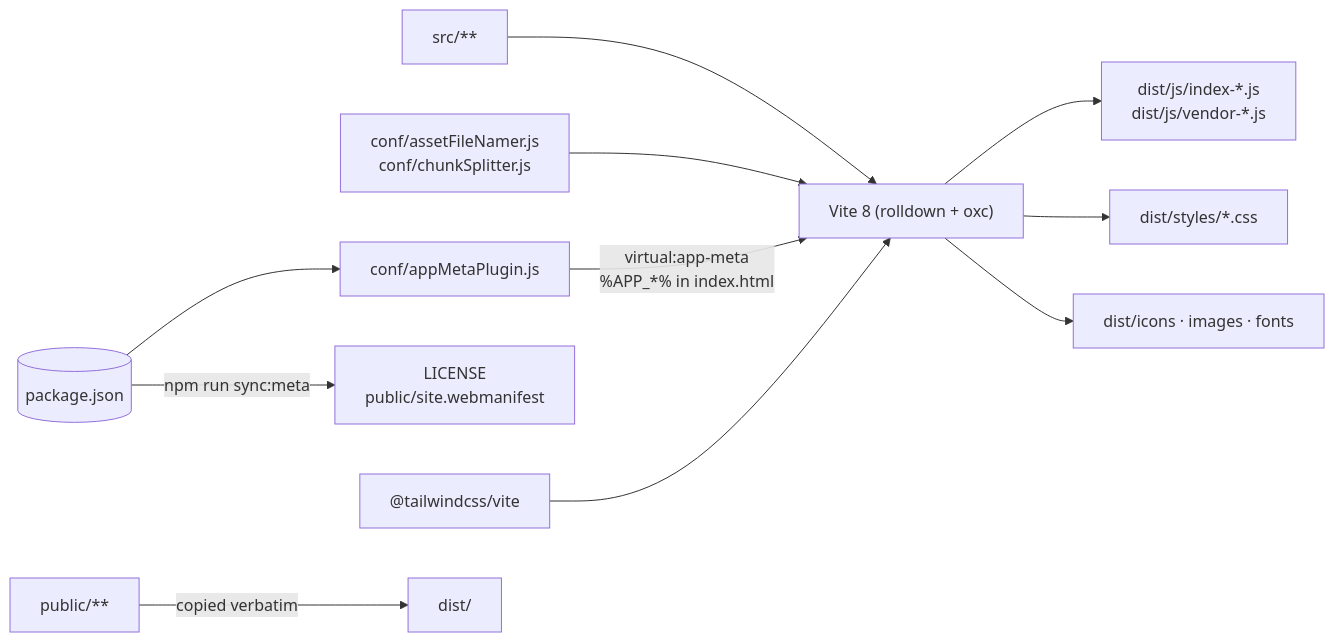
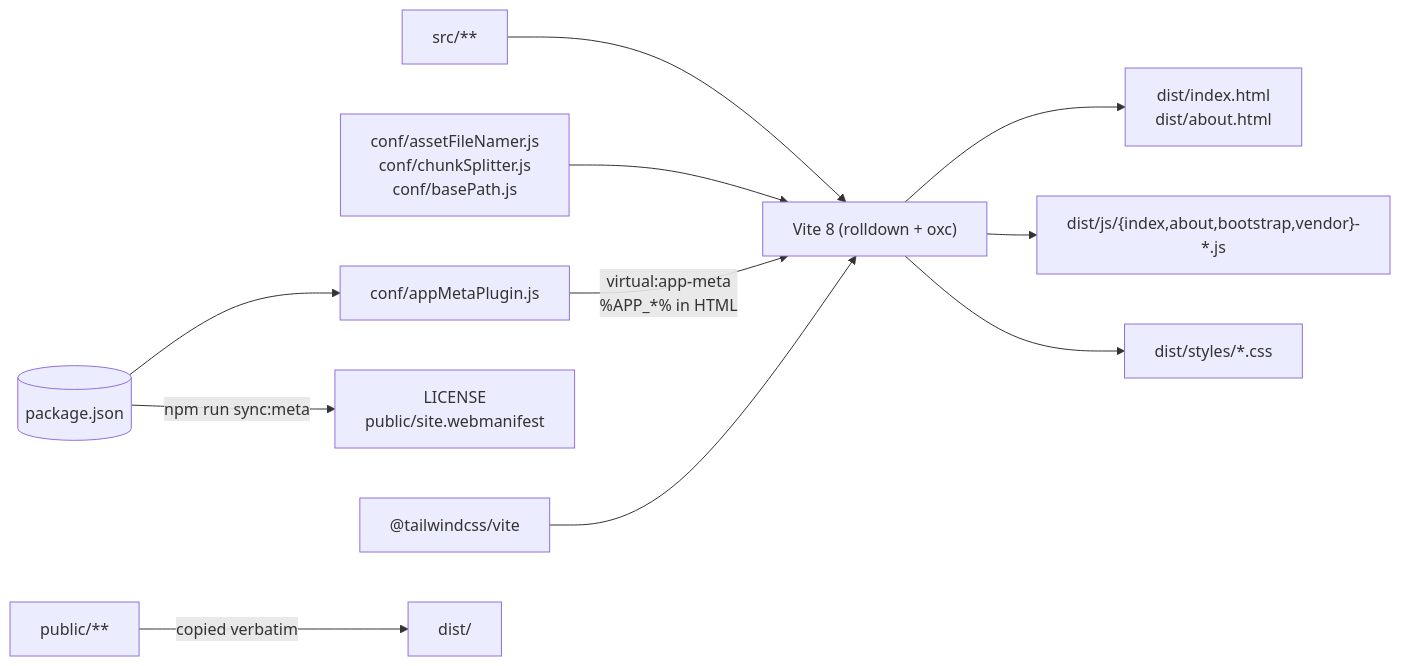
One commit to eternalvision/vanilla-vite-template changed the second of 2 diagrams in docs/architecture.md. Above: the diagram before and after it, drawn with Mermaid. The commit also changed other lines of this file and 33 other files, not shown here.

````diff
--- a/docs/architecture.md
+++ b/docs/architecture.md
@@ -51,13 +59,13 @@
 ```mermaid
 graph LR
     Src["src/**"] --> Vite["Vite 8 (rolldown + oxc)"]
-    Conf["conf/assetFileNamer.js<br/>conf/chunkSplitter.js"] --> Vite
+    Conf["conf/assetFileNamer.js<br/>conf/chunkSplitter.js<br/>conf/basePath.js"] --> Vite
     Pkg[("package.json")] --> Meta["conf/appMetaPlugin.js"]
-    Meta -->|"virtual:app-meta<br/>%APP_*% in index.html"| Vite
+    Meta -->|"virtual:app-meta<br/>%APP_*% in HTML"| Vite
     Pkg -->|"npm run sync:meta"| Static["LICENSE<br/>public/site.webmanifest"]
     TW["@tailwindcss/vite"] --> Vite
-    Vite --> JS["dist/js/index-*.js<br/>dist/js/vendor-*.js"]
+    Vite --> Pages["dist/index.html<br/>dist/about.html"]
+    Vite --> JS["dist/js/{index,about,bootstrap,vendor}-*.js"]
     Vite --> CSS["dist/styles/*.css"]
-    Vite --> Assets["dist/icons · images · fonts"]
     Public["public/**"] -->|"copied verbatim"| Dist["dist/"]
 ```
````
